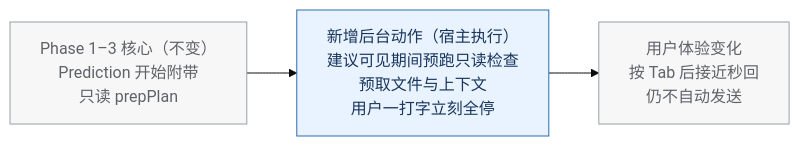
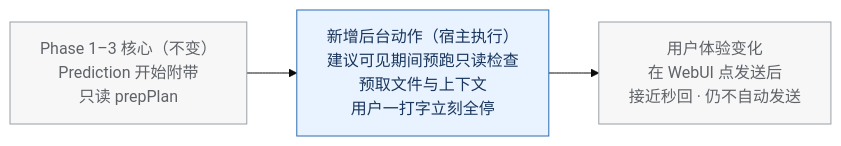
The sixth of 7 diagrams in docs/diagrams.md (susyimes/intent-predict), drawn with Mermaid (base theme) before and after one commit. The commit also changed other lines of this file and 13 other files, not shown here.

````diff
--- a/docs/diagrams.md
+++ b/docs/diagrams.md
@@ -173,9 +178,9 @@
 ```mermaid
 flowchart LR
   classDef now fill:#e8f3ff,stroke:#2b6cb0,color:#1a365d
   classDef prev fill:#f7f7f7,stroke:#9aa0a6,color:#5f6368
   CORE["Phase 1–3 核心（不变）<br/>Prediction 开始附带<br/>只读 prepPlan"]:::prev
   NEW["新增后台动作（宿主执行）<br/>建议可见期间预跑只读检查<br/>预取文件与上下文<br/>用户一打字立刻全停"]:::now
-  OUT["用户体验变化<br/>按 Tab 后接近秒回<br/>仍不自动发送"]:::prev
+  OUT["用户体验变化<br/>在 WebUI 点发送后<br/>接近秒回 · 仍不自动发送"]:::prev
   CORE --> NEW --> OUT
 ```
````
